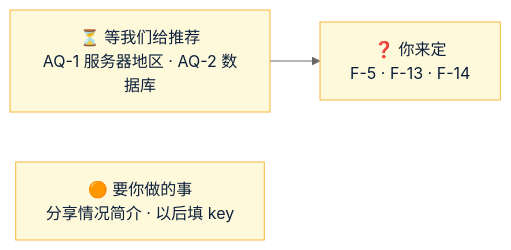
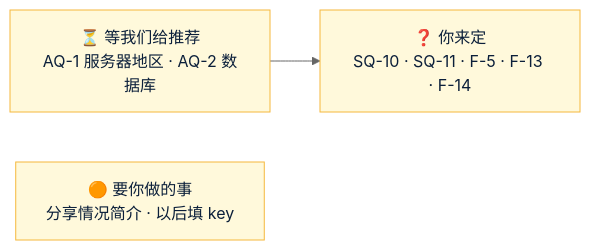
Before and after one commit to dollar3651314/forecast: the diagram in Amos待办.md, drawn with Mermaid (neutral theme). The commit also changed other lines of this file, not shown here.

````diff
--- a/Amos待办.md
+++ b/Amos待办.md
@@ -10,7 +10,7 @@
 ```mermaid
 flowchart LR
-    A["⏳ 等我们给推荐<br/>AQ-1 服务器地区 · AQ-2 数据库"] --> B["❓ 你来定<br/>F-5 · F-13 · F-14"]
+    A["⏳ 等我们给推荐<br/>AQ-1 服务器地区 · AQ-2 数据库"] --> B["❓ 你来定<br/>SQ-10 · SQ-11 · F-5 · F-13 · F-14"]
     T["🟠 要你做的事<br/>分享情况简介 · 以后填 key"]
     classDef amos fill:#FFF9DB,stroke:#F5B83D,color:#0B1F3A
     class A,B,T amos
 ```
````
